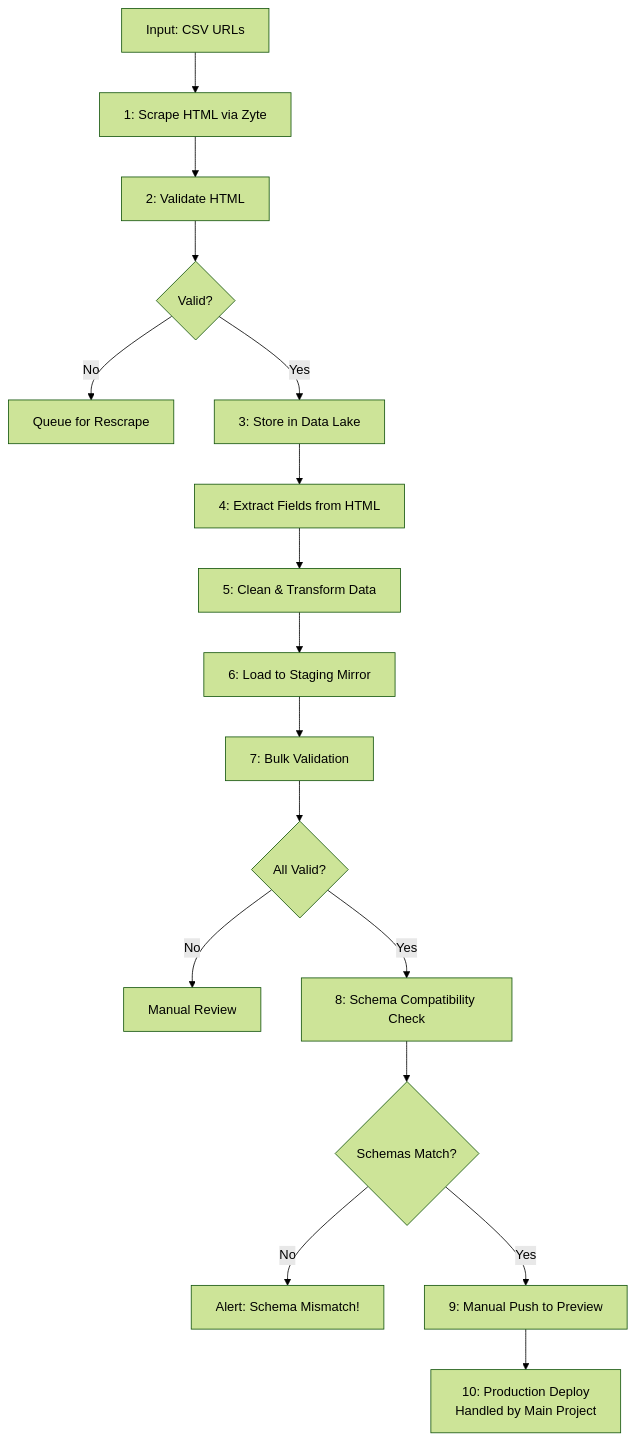
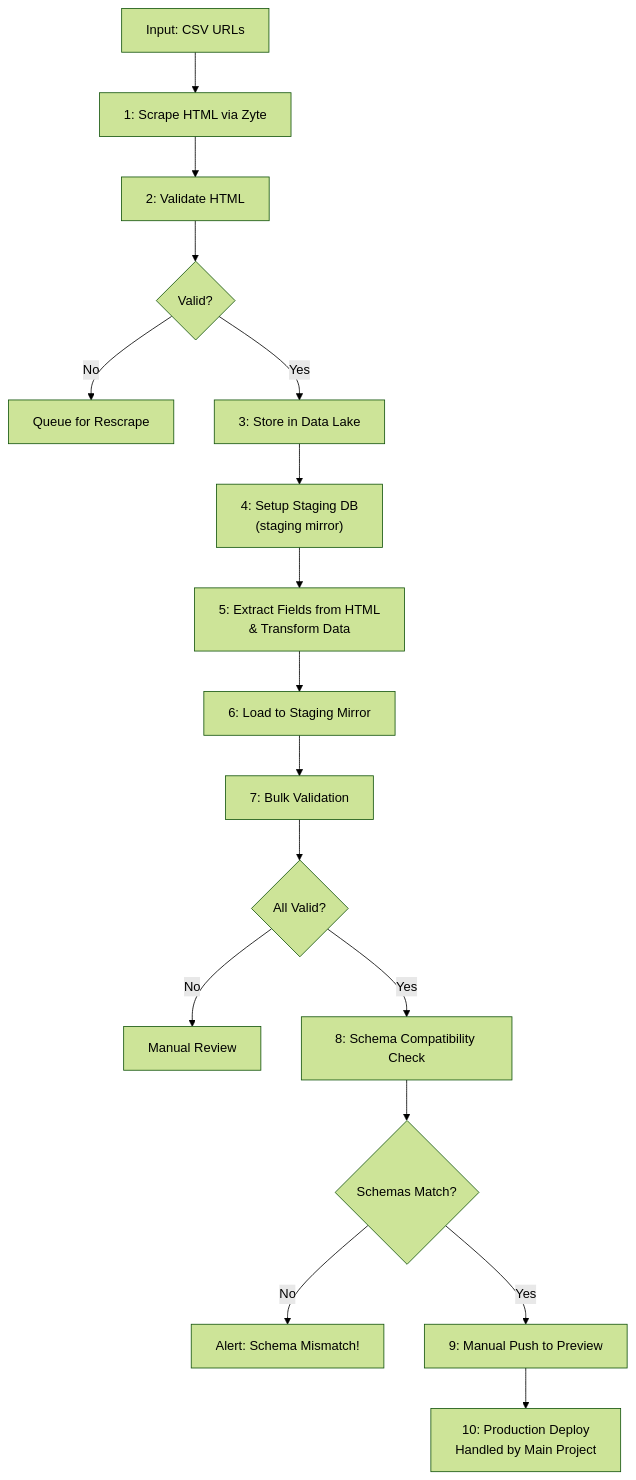
The second of 2 diagrams in boxing/README.md (serpcompany/data-pipelines), drawn with Mermaid (forest theme) before and after one commit. The commit also changed other lines of this file and 2 other files, not shown here.

````diff
--- a/boxing/README.md
+++ b/boxing/README.md
@@ -15,29 +15,29 @@
 ```mermaid
 flowchart TD
     A[Input: CSV URLs] --> B["1: Scrape HTML via Zyte"]
     B --> C["2: Validate HTML"]
     C --> D{Valid?}
     D -->|No| E[Queue for Rescrape]
     D -->|Yes| F["3: Store in Data Lake"]
-    F --> G["4: Extract Fields from HTML"]
-    G --> H["5: Clean & Transform Data"]
+    F --> G["4: Setup Staging DB<br/>(staging mirror)"]
+    G --> H["5: Extract Fields from HTML<br/>& Transform Data"]
     H --> I["6: Load to Staging Mirror"]
     I --> J["7: Bulk Validation"]
     J --> K{All Valid?}
     K -->|No| L[Manual Review]
     K -->|Yes| M["8: Schema Compatibility Check"]
     M --> N{Schemas Match?}
     N -->|No| O["Alert: Schema Mismatch!"]
     N -->|Yes| P["9: Manual Push to Preview"]
     P --> Q["10: Production Deploy<br/>Handled by Main Project"]
     
     click B "#step-1-scrape-html-via-zyte"
     click C "#steps-2-9-validation-through-preview-deployment"
     click F "#steps-2-9-validation-through-preview-deployment"
     click G "#steps-2-9-validation-through-preview-deployment"
     click H "#steps-2-9-validation-through-preview-deployment"
     click I "#steps-2-9-validation-through-preview-deployment"
     click J "#steps-2-9-validation-through-preview-deployment"
     click M "#steps-2-9-validation-through-preview-deployment"
     click P "#steps-2-9-validation-through-preview-deployment"
 ```
````
